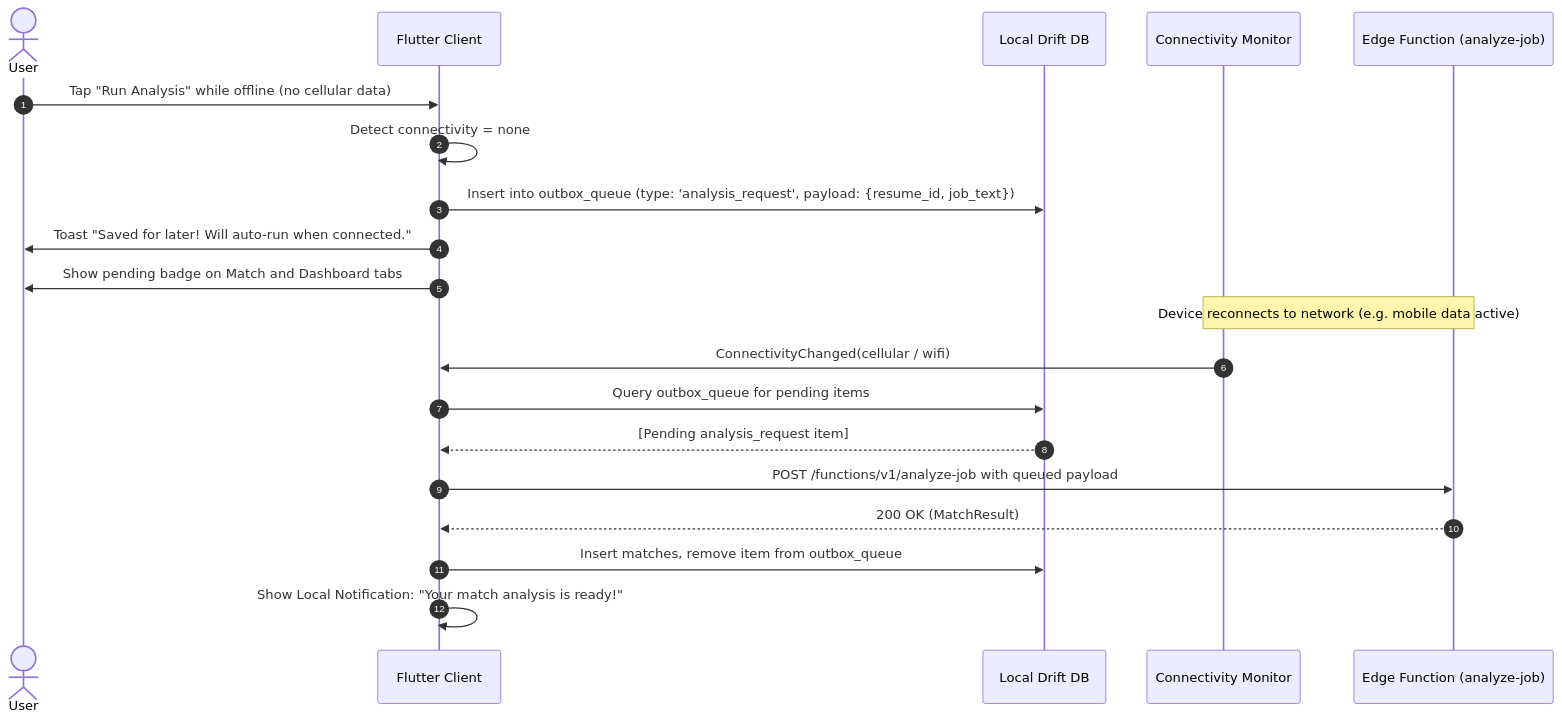
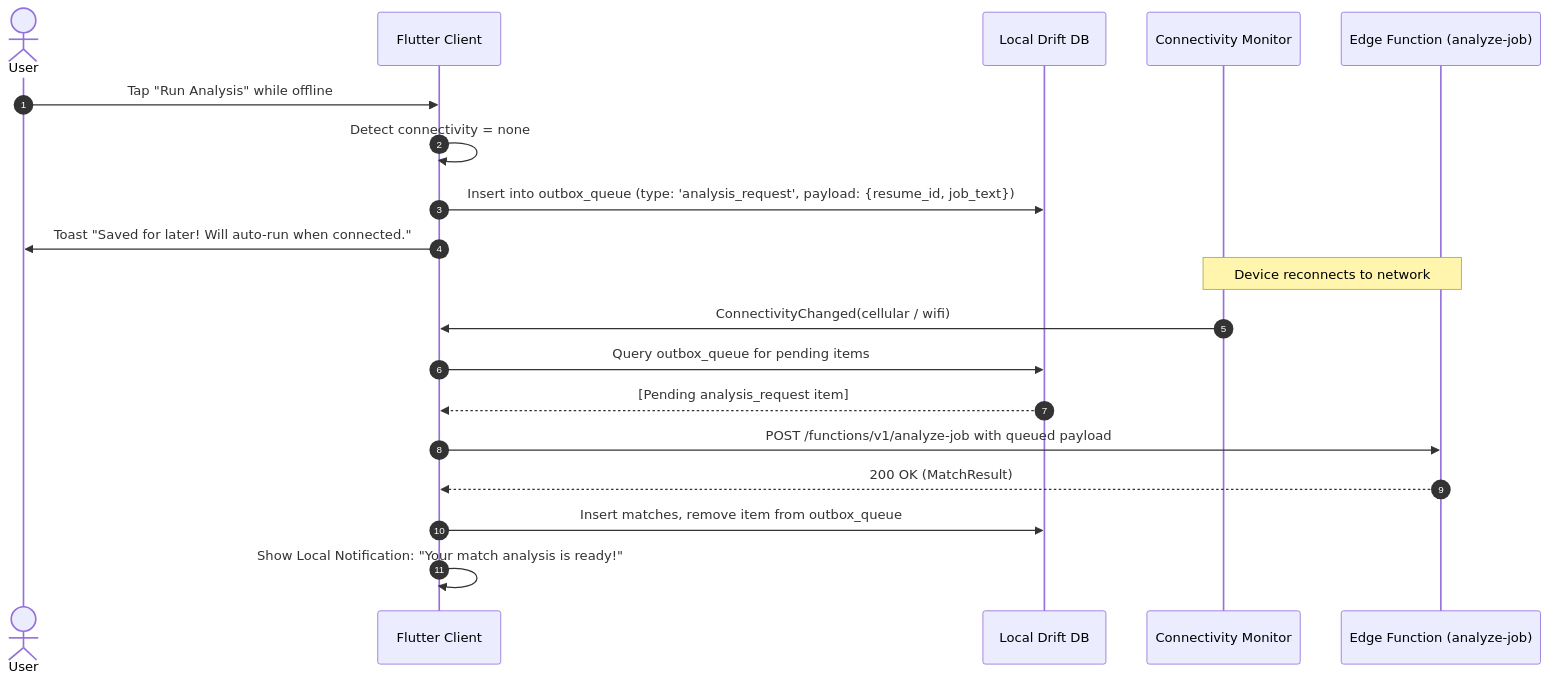
The sixth of 14 diagrams in docs/BACKEND_PLAN.md (QuantumTan/rolevia), drawn with Mermaid before and after one commit. The commit also changed other lines of this file and 16 other files, not shown here.

````diff
--- a/docs/BACKEND_PLAN.md
+++ b/docs/BACKEND_PLAN.md
@@ -260,24 +272,23 @@
 ```mermaid
 sequenceDiagram
     autonumber
     actor User
     participant App as Flutter Client
     participant Drift as Local Drift DB
     participant Net as Connectivity Monitor
     participant Edge as Edge Function (analyze-job)
 
-    User->>App: Tap "Run Analysis" while offline (no cellular data)
+    User->>App: Tap "Run Analysis" while offline
     App->>App: Detect connectivity = none
     App->>Drift: Insert into outbox_queue (type: 'analysis_request', payload: {resume_id, job_text})
     App->>User: Toast "Saved for later! Will auto-run when connected."
-    App->>User: Show pending badge on Match and Dashboard tabs
 
-    Note over Net, Edge: Device reconnects to network (e.g. mobile data active)
+    Note over Net, Edge: Device reconnects to network
     Net->>App: ConnectivityChanged(cellular / wifi)
     App->>Drift: Query outbox_queue for pending items
     Drift-->>App: [Pending analysis_request item]
     App->>Edge: POST /functions/v1/analyze-job with queued payload
     Edge-->>App: 200 OK (MatchResult)
     App->>Drift: Insert matches, remove item from outbox_queue
     App->>App: Show Local Notification: "Your match analysis is ready!"
 ```
````
